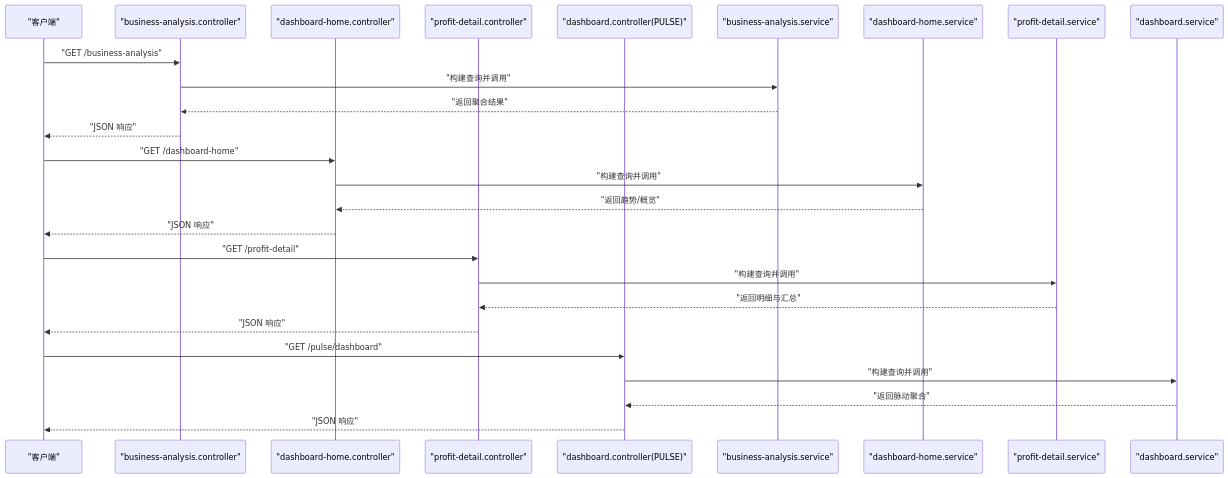
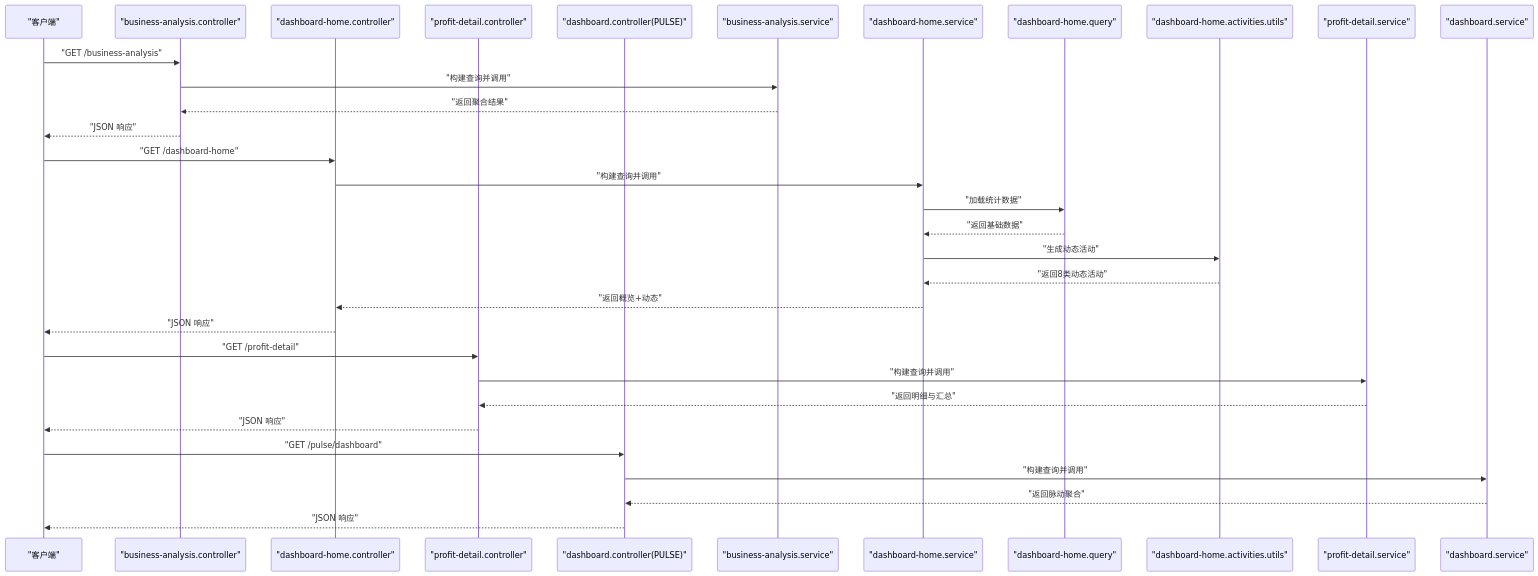
One commit to rc558620/purelyprofit-server changed the second of 7 diagrams in .qoder/repowiki/zh/content/API 接口文档/仪表板分析接口.md. Above: the diagram before and after it, drawn with Mermaid. The commit also changed other lines of this file and 65 other files, not shown here.

````diff
--- a/.qoder/repowiki/zh/content/API 接口文档/仪表板分析接口.md
+++ b/.qoder/repowiki/zh/content/API 接口文档/仪表板分析接口.md
@@ -109,28 +122,34 @@
 ```mermaid
 sequenceDiagram
 participant C as "客户端"
 participant BC as "business-analysis.controller"
 participant DC as "dashboard-home.controller"
 participant PC as "profit-detail.controller"
 participant PCU as "dashboard.controller(PULSE)"
 participant BS as "business-analysis.service"
 participant DS as "dashboard-home.service"
+participant DSQ as "dashboard-home.query"
+participant DSU as "dashboard-home.activities.utils"
 participant PS as "profit-detail.service"
 participant PSS as "dashboard.service"
 C->>BC : "GET /business-analysis"
 BC->>BS : "构建查询并调用"
 BS-->>BC : "返回聚合结果"
 BC-->>C : "JSON 响应"
 C->>DC : "GET /dashboard-home"
 DC->>DS : "构建查询并调用"
-DS-->>DC : "返回趋势/概览"
+DS->>DSQ : "加载统计数据"
+DSQ-->>DS : "返回基础数据"
+DS->>DSU : "生成动态活动"
+DSU-->>DS : "返回8类动态活动"
+DS-->>DC : "返回概览+动态"
 DC-->>C : "JSON 响应"
 C->>PC : "GET /profit-detail"
 PC->>PS : "构建查询并调用"
 PS-->>PC : "返回明细与汇总"
 PC-->>C : "JSON 响应"
 C->>PCU : "GET /pulse/dashboard"
 PCU->>PSS : "构建查询并调用"
 PSS-->>PCU : "返回脉动聚合"
 PCU-->>C : "JSON 响应"
 ```
````
